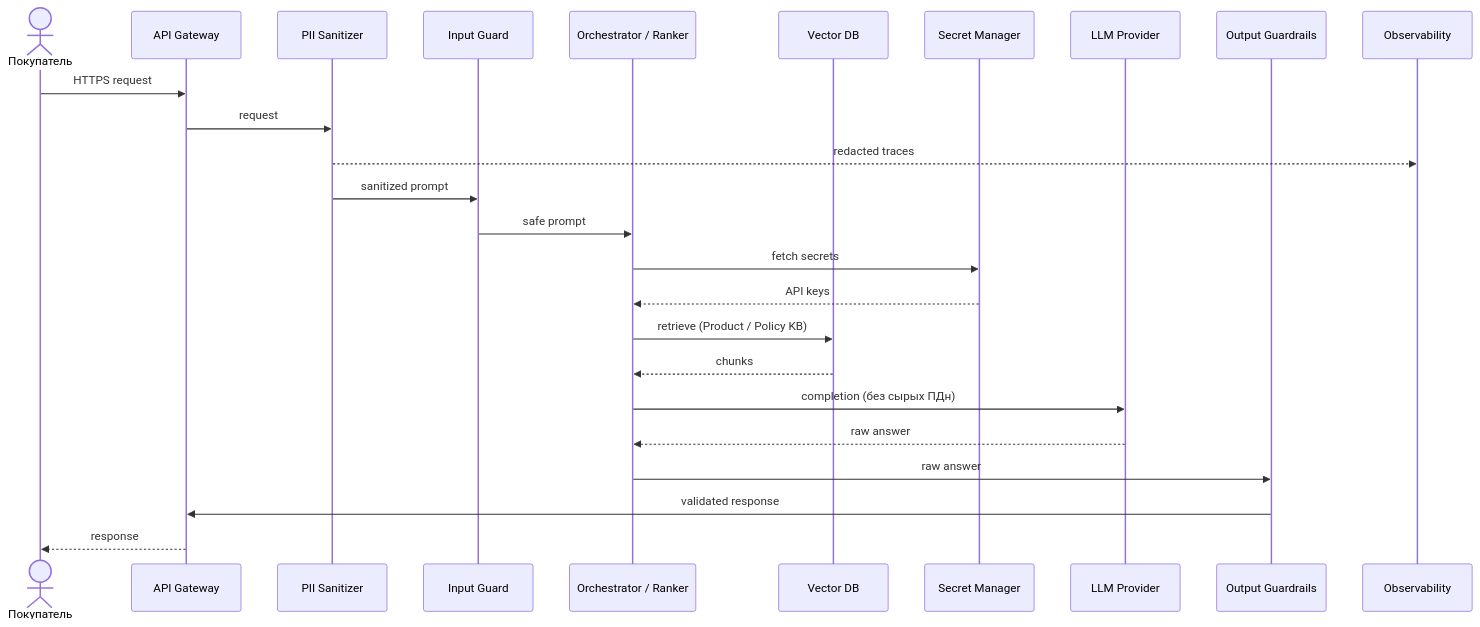
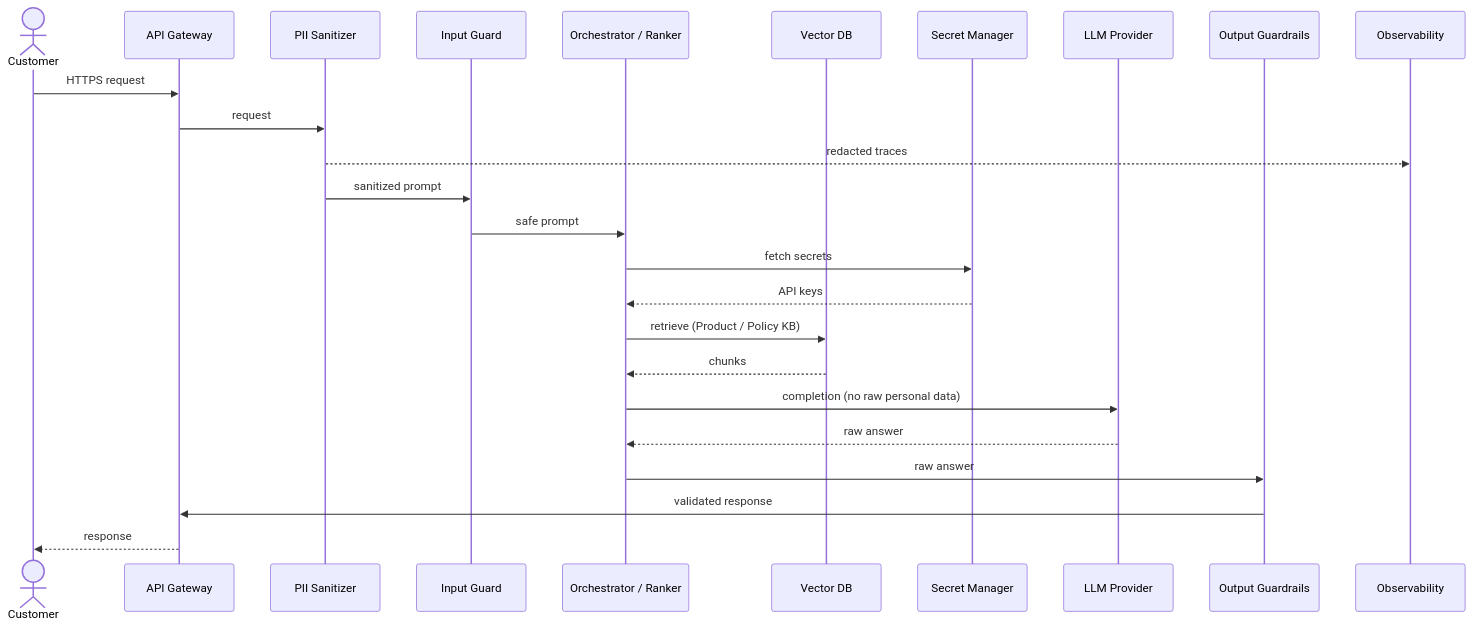
The first of 2 diagrams in hw-6/docs/quality-assurance.md (YuesIt17/yuit-docs-ai-architect), drawn with Mermaid before and after one commit. The commit also changed other lines of this file and 12 other files, not shown here.

````diff
--- a/hw-6/docs/quality-assurance.md
+++ b/hw-6/docs/quality-assurance.md
@@ -29,28 +29,28 @@
 ```mermaid
 sequenceDiagram
-  actor U as Покупатель
+  actor U as Customer
   participant GW as API Gateway
   participant PII as PII Sanitizer
   participant IG as Input Guard
   participant ORCH as Orchestrator / Ranker
   participant VDB as Vector DB
   participant SM as Secret Manager
   participant LLM as LLM Provider
   participant OG as Output Guardrails
   participant OBS as Observability
 
   U->>GW: HTTPS request
   GW->>PII: request
   PII-->>OBS: redacted traces
   PII->>IG: sanitized prompt
   IG->>ORCH: safe prompt
   ORCH->>SM: fetch secrets
   SM-->>ORCH: API keys
   ORCH->>VDB: retrieve (Product / Policy KB)
   VDB-->>ORCH: chunks
-  ORCH->>LLM: completion (без сырых ПДн)
+  ORCH->>LLM: completion (no raw personal data)
   LLM-->>ORCH: raw answer
   ORCH->>OG: raw answer
   OG->>GW: validated response
   GW-->>U: response
 ```
````
